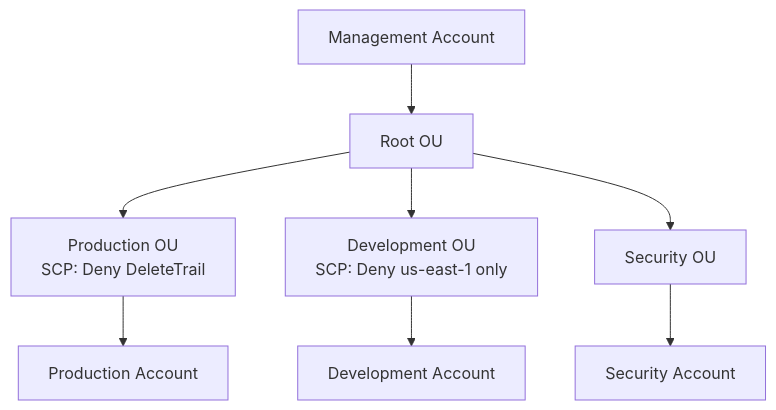
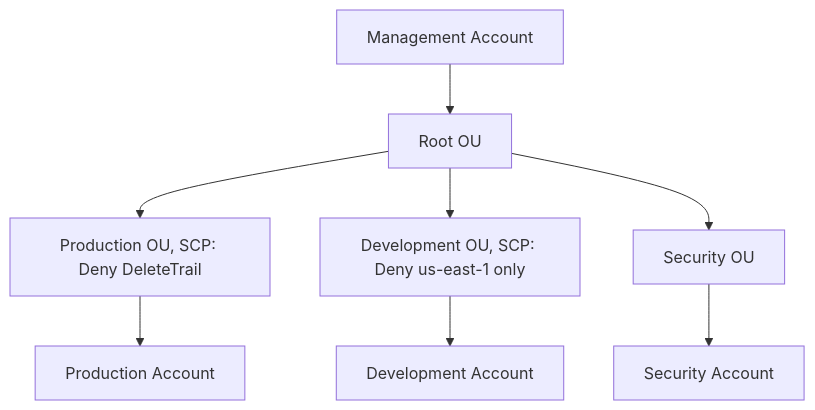
The third of 3 diagrams in Chapter_31_AWS_Organizations_and_Control_Tower.md (DeeptiShuklaProject/Uday_AWS), drawn with Mermaid before and after one commit. The commit also changed other lines of this file and 34 other files, not shown here.

Commit message:
Fix mermaid diagrams syntax across all chapters (quote labels and remove HTML)

````diff
--- a/Chapter_31_AWS_Organizations_and_Control_Tower.md
+++ b/Chapter_31_AWS_Organizations_and_Control_Tower.md
@@ -599,10 +599,10 @@
 ```mermaid
 flowchart TD
     Mgmt[Management Account] --> Root[Root OU]
-    Root --> ProdOU[Production OU<br>SCP: Deny DeleteTrail]
-    Root --> DevOU[Development OU<br>SCP: Deny us-east-1 only]
+    Root --> ProdOU["Production OU, SCP: Deny DeleteTrail"]
+    Root --> DevOU["Development OU, SCP: Deny us-east-1 only"]
     Root --> SecOU[Security OU]
     ProdOU --> ProdAcct[Production Account]
     DevOU --> DevAcct[Development Account]
     SecOU --> SecAcct[Security Account]
 ```
````
